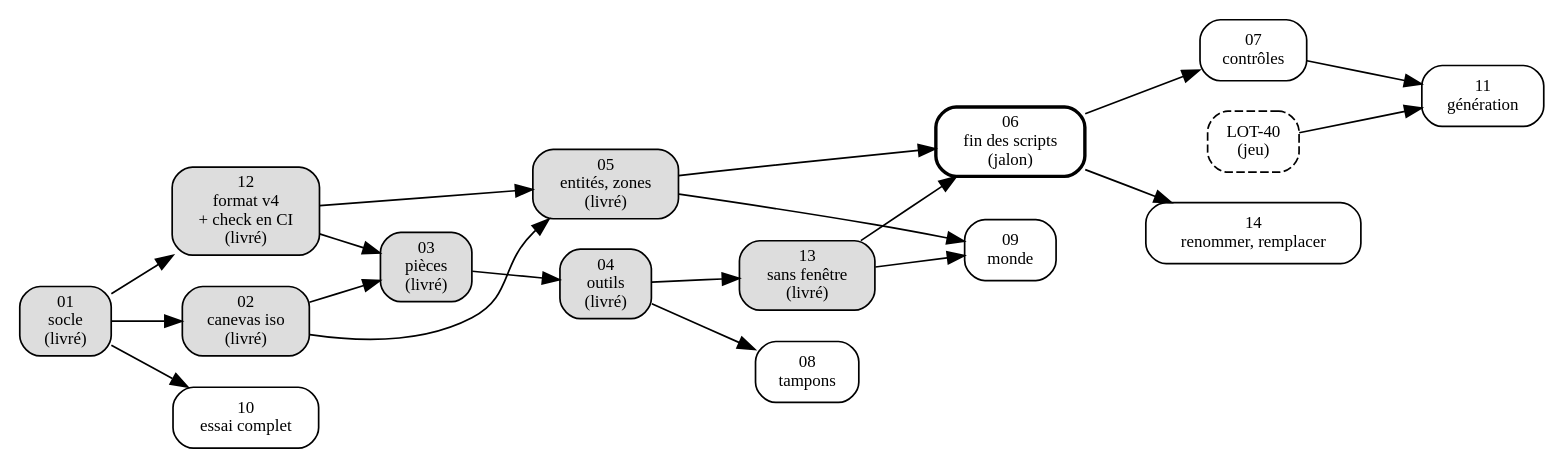
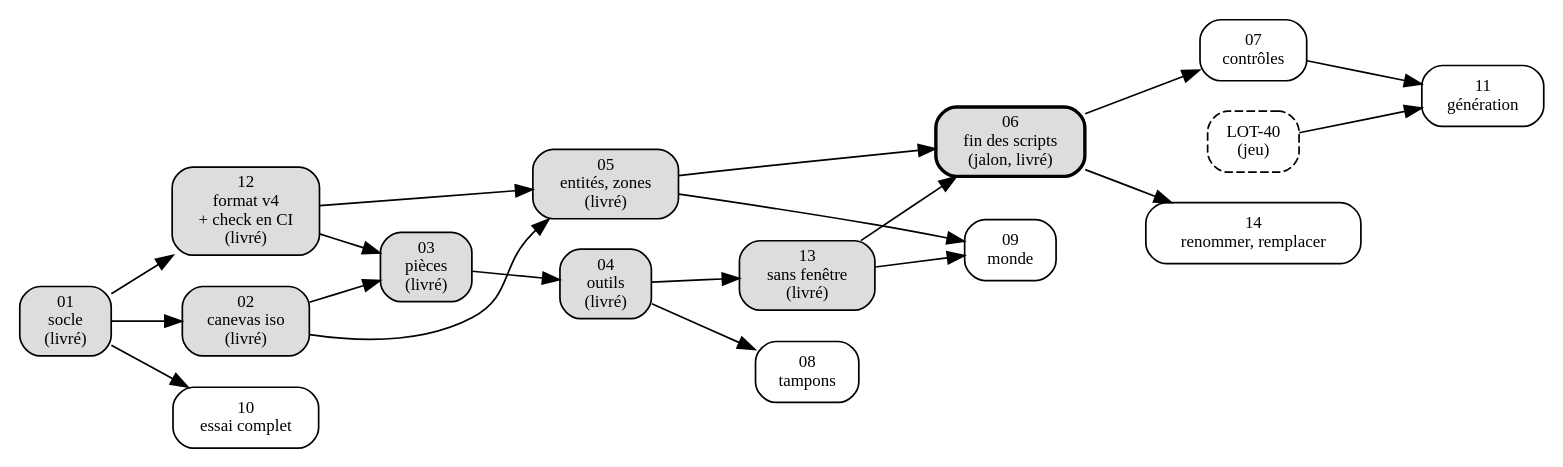
One commit to azertval/JustAnotherDnDGame changed the diagram in Documentation/Editeur/feuille-de-route.md. Above: the diagram before and after it, drawn with Graphviz. The commit also changed other lines of this file and 32 other files, not shown here.

````diff
--- a/Documentation/Editeur/feuille-de-route.md
+++ b/Documentation/Editeur/feuille-de-route.md
@@ -209,29 +209,29 @@
 ```dot
 digraph editeur {
   rankdir=LR;
   node [shape=box, style=rounded, fontsize=10];
   E01 [label="01\nsocle\n(livré)", style="rounded,filled", fillcolor="#dddddd"];
   E02 [label="02\ncanevas iso\n(livré)", style="rounded,filled", fillcolor="#dddddd"];
   E12 [label="12\nformat v4\n+ check en CI\n(livré)", style="rounded,filled", fillcolor="#dddddd"];
   E03 [label="03\npièces\n(livré)", style="rounded,filled", fillcolor="#dddddd"];
   E04 [label="04\noutils\n(livré)", style="rounded,filled", fillcolor="#dddddd"];
   E05 [label="05\nentités, zones\n(livré)", style="rounded,filled", fillcolor="#dddddd"];
   E13 [label="13\nsans fenêtre\n(livré)", style="rounded,filled", fillcolor="#dddddd"];
-  E06 [label="06\nfin des scripts\n(jalon)", style="rounded,bold"];
+  E06 [label="06\nfin des scripts\n(jalon, livré)", style="rounded,filled,bold", fillcolor="#dddddd"];
   E07 [label="07\ncontrôles"];
   E14 [label="14\nrenommer, remplacer"];
   E08 [label="08\ntampons"];
   E09 [label="09\nmonde"];
   E10 [label="10\nessai complet"];
   E11 [label="11\ngénération"];
   L40 [label="LOT-40\n(jeu)", style="rounded,dashed"];
   E01 -> E02; E01 -> E12; E01 -> E10;
   E02 -> E03; E12 -> E03;
   E02 -> E05; E12 -> E05;
   E03 -> E04; E04 -> E13; E04 -> E08;
   E13 -> E06; E05 -> E06;
   E06 -> E07; E06 -> E14;
   E05 -> E09; E13 -> E09;
   E07 -> E11; L40 -> E11;
 }
 ```
````
